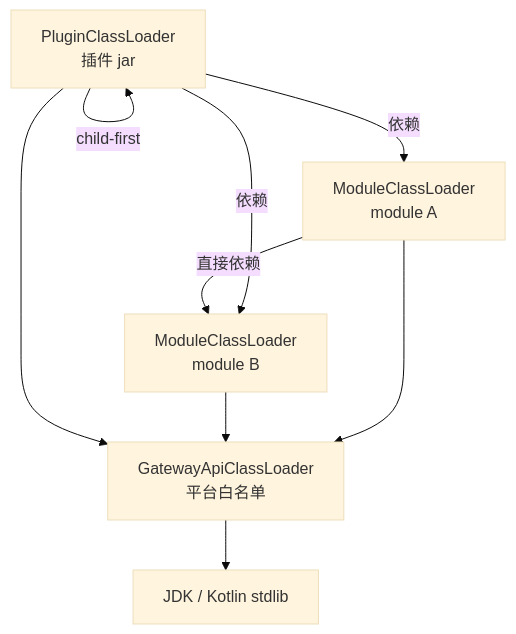
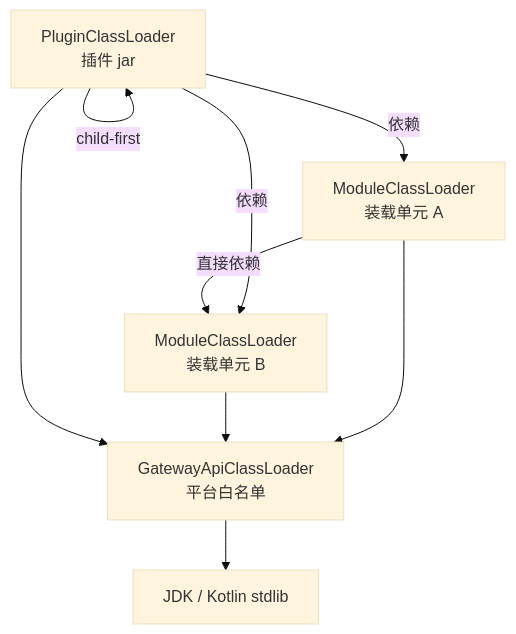
The third of 8 diagrams in docs/plugin-platform_zh.md (FatttSnake/api-management), drawn with Mermaid (base theme) before and after one commit. The commit also changed other lines of this file and 20 other files, not shown here.

````diff
--- a/docs/plugin-platform_zh.md
+++ b/docs/plugin-platform_zh.md
@@ -164,17 +166,17 @@
 ```mermaid
 flowchart TD
     P[PluginClassLoader<br/>插件 jar]
-    M1[ModuleClassLoader<br/>module A]
-    M2[ModuleClassLoader<br/>module B]
+    M1[ModuleClassLoader<br/>装载单元 A]
+    M2[ModuleClassLoader<br/>装载单元 B]
     GA[GatewayApiClassLoader<br/>平台白名单]
     JDK[JDK / Kotlin stdlib]
 
     P -->|child-first| P
     P -->|依赖| M1
     P -->|依赖| M2
     M1 -->|直接依赖| M2
     M1 --> GA
     M2 --> GA
     P --> GA
     GA --> JDK
 ```
````
